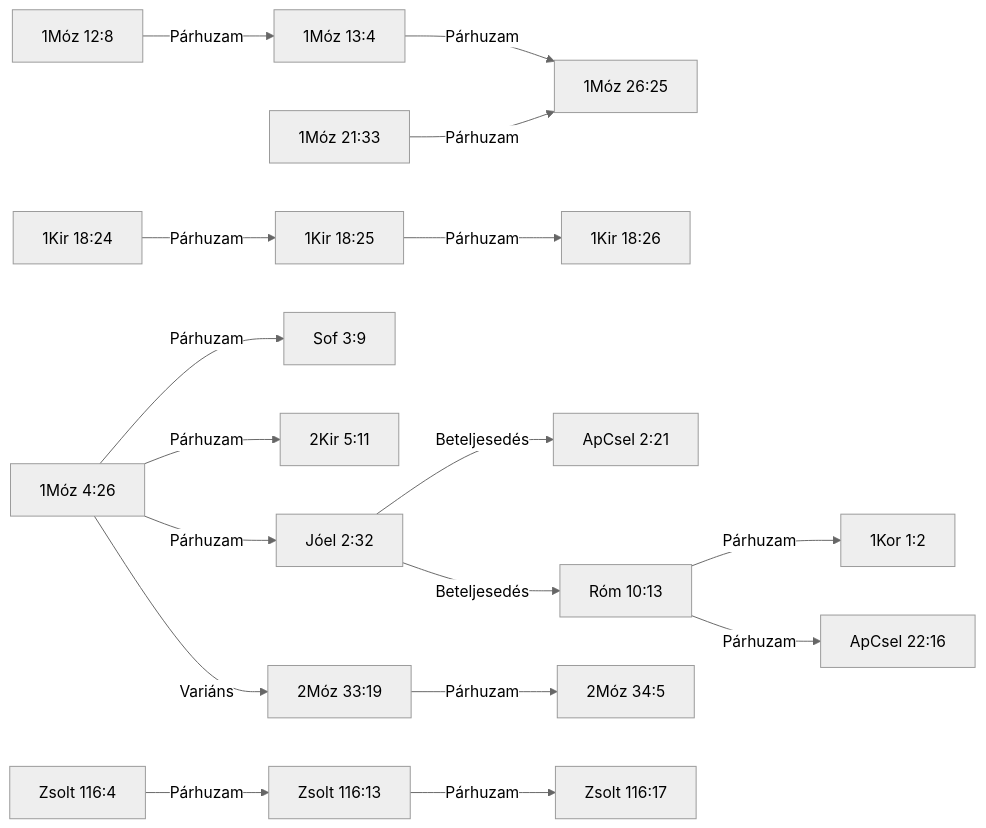
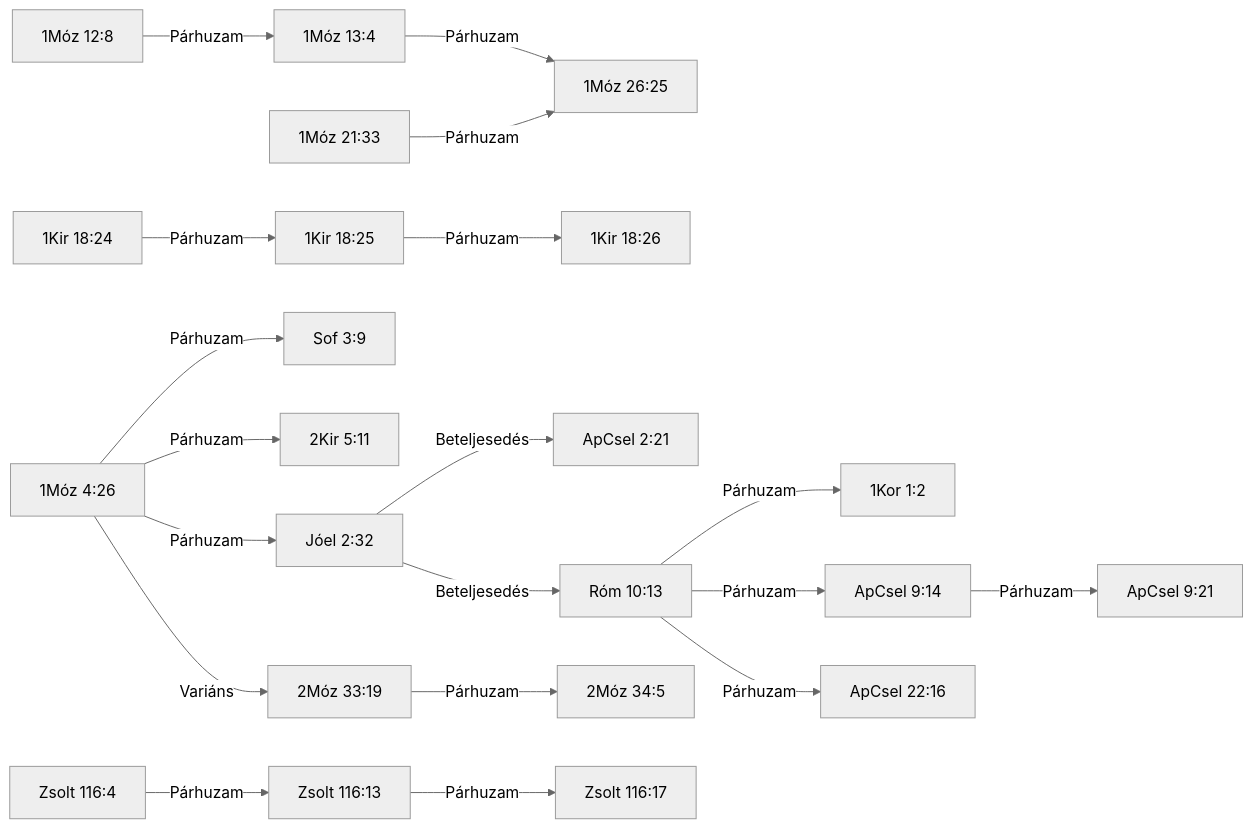
One commit to basesoft777/Bible-Study changed the diagram in lexikon/ISTENTISZT-001_TUDOMANYOS.md. Above: the diagram before and after it, drawn with Mermaid (neutral theme). The commit also changed other lines of this file and 31 other files, not shown here.

````diff
--- a/lexikon/ISTENTISZT-001_TUDOMANYOS.md
+++ b/lexikon/ISTENTISZT-001_TUDOMANYOS.md
@@ -1435,39 +1414,43 @@
 ```mermaid
 graph LR
     n1["1Móz 4:26"]
     n2["1Móz 12:8"]
     n3["1Móz 13:4"]
     n4["1Móz 21:33"]
     n5["1Móz 26:25"]
     n6["2Móz 33:19"]
     n7["2Móz 34:5"]
     n8["1Kir 18:24"]
     n9["1Kir 18:25"]
     n10["1Kir 18:26"]
     n11["2Kir 5:11"]
     n12["Zsolt 116:4"]
     n13["Zsolt 116:13"]
     n14["Zsolt 116:17"]
     n15["Jóel 2:32"]
     n16["Sof 3:9"]
     n17["ApCsel 2:21"]
-    n18["ApCsel 22:16"]
-    n19["Róm 10:13"]
-    n20["1Kor 1:2"]
+    n18["ApCsel 9:14"]
+    n19["ApCsel 9:21"]
+    n20["ApCsel 22:16"]
+    n21["Róm 10:13"]
+    n22["1Kor 1:2"]
     n1 -->|Párhuzam| n16
     n1 -->|Párhuzam| n11
     n1 -->|Párhuzam| n15
     n15 -->|Beteljesedés| n17
-    n15 -->|Beteljesedés| n19
-    n19 -->|Párhuzam| n20
-    n19 -->|Párhuzam| n18
+    n15 -->|Beteljesedés| n21
+    n21 -->|Párhuzam| n22
+    n21 -->|Párhuzam| n18
+    n18 -->|Párhuzam| n19
+    n21 -->|Párhuzam| n20
     n1 -->|Variáns| n6
     n6 -->|Párhuzam| n7
     n2 -->|Párhuzam| n3
     n3 -->|Párhuzam| n5
     n4 -->|Párhuzam| n5
     n8 -->|Párhuzam| n9
     n9 -->|Párhuzam| n10
     n12 -->|Párhuzam| n13
     n13 -->|Párhuzam| n14
 ```
````
